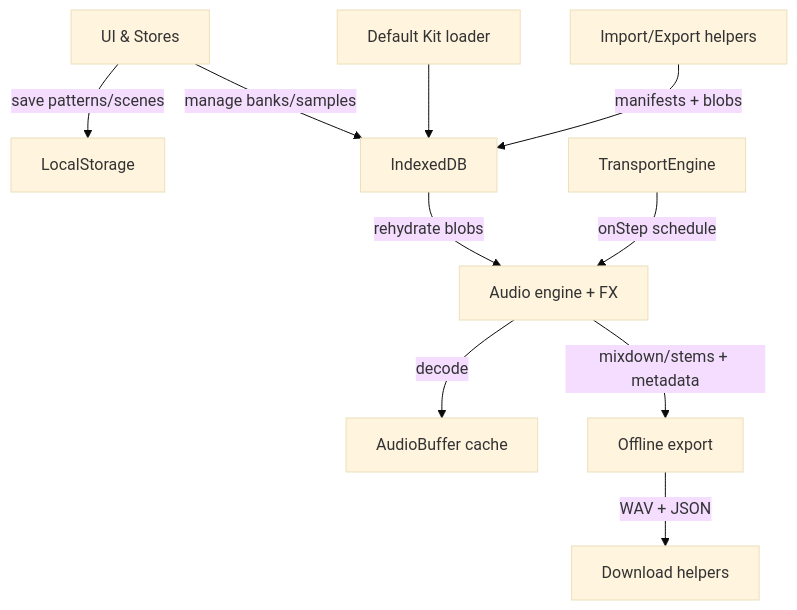
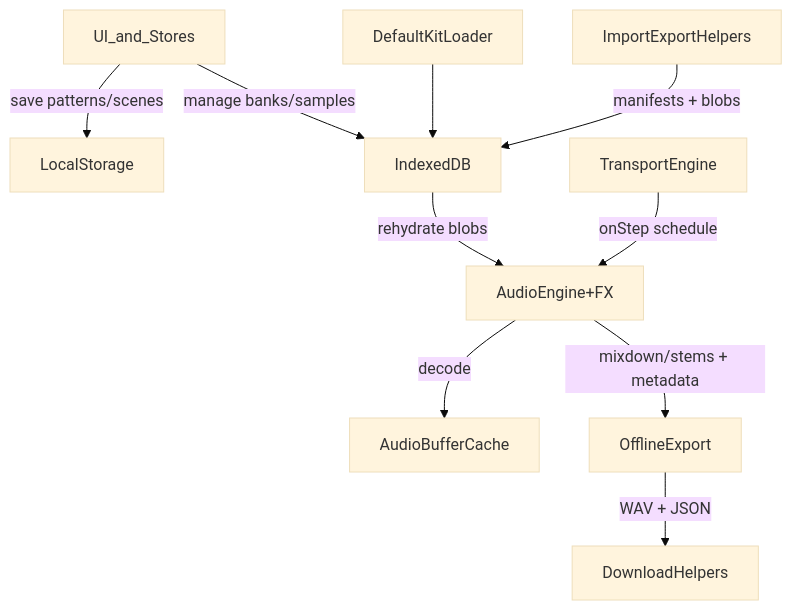
The diagram in diagrams/persistence-and-audio.md (MarkusTratschitt/Drumcomputer), drawn with Mermaid (base theme) before and after one commit. The commit also changed 34 other files, not shown here.

````diff
--- a/diagrams/persistence-and-audio.md
+++ b/diagrams/persistence-and-audio.md
@@ -3,12 +3,12 @@
 ```mermaid
-flowchart TB
-    UI[UI & Stores] -->|save patterns/scenes| LocalStorage
+  flowchart TB
+    UI[UI_and_Stores] -->|save patterns/scenes| LocalStorage
     UI -->|manage banks/samples| IndexedDB
-    DefaultKit[Default Kit loader] --> IndexedDB
-    ImportExport[Import/Export helpers] -->|manifests + blobs| IndexedDB
-    IndexedDB -->|rehydrate blobs| AudioEngine[Audio engine + FX]
-    AudioEngine -->|decode| AudioCache[AudioBuffer cache]
+    DefaultKit[DefaultKitLoader] --> IndexedDB
+    ImportExport[ImportExportHelpers] -->|manifests + blobs| IndexedDB
+    IndexedDB -->|rehydrate blobs| AudioEngine[AudioEngine+FX]
+    AudioEngine -->|decode| AudioCache[AudioBufferCache]
     TransportEngine -->|onStep schedule| AudioEngine
-    AudioEngine -->|mixdown/stems + metadata| Exporter[Offline export]
-    Exporter -->|WAV + JSON| Downloader[Download helpers]
+    AudioEngine -->|mixdown/stems + metadata| Exporter[OfflineExport]
+    Exporter -->|WAV + JSON| Downloader[DownloadHelpers]
 ```
````
